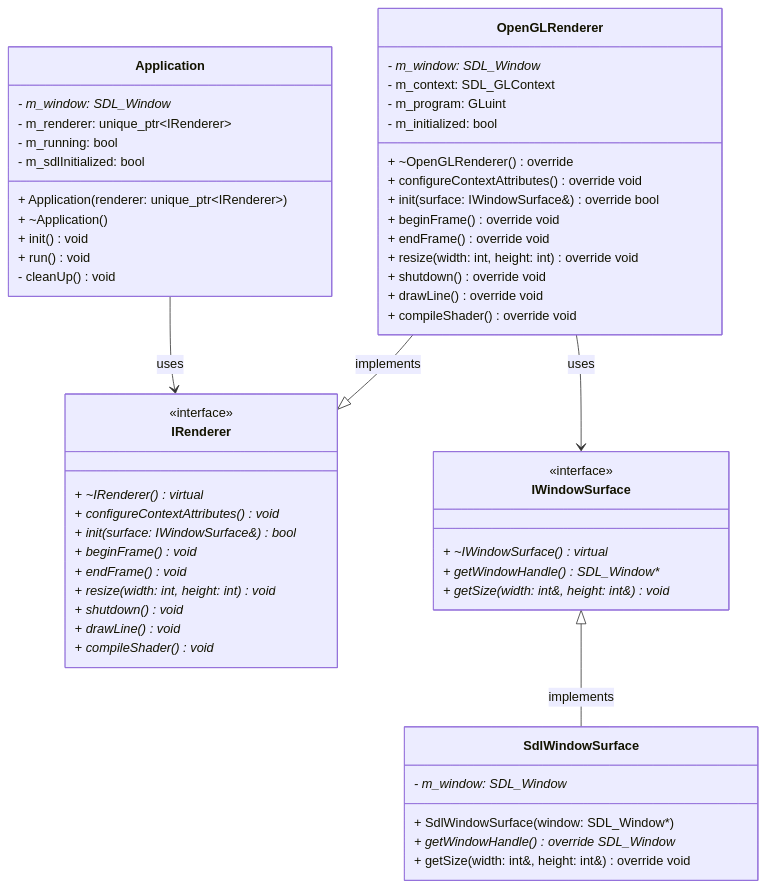
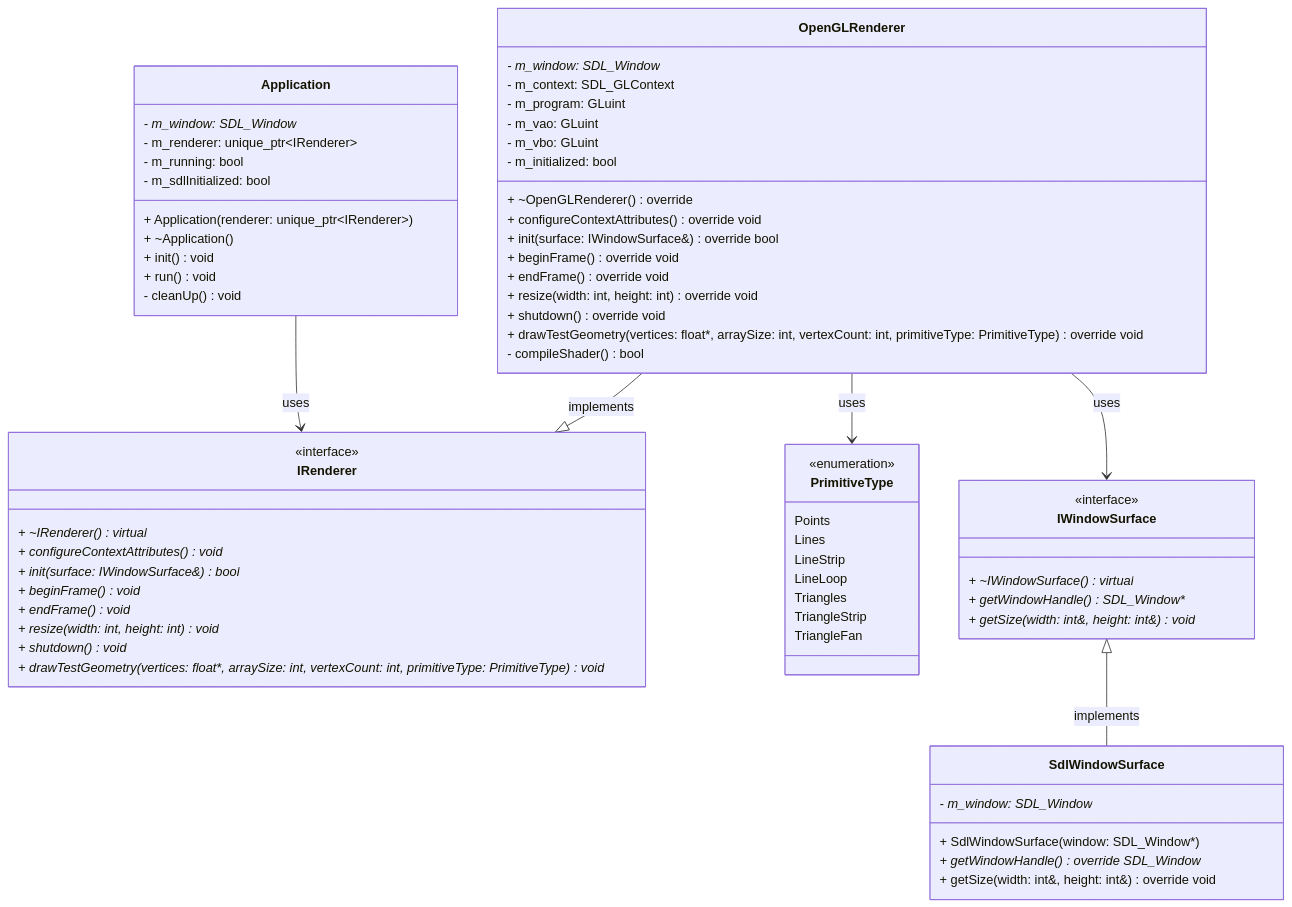
Before and after one commit to Herazael/2D-Engine-Backend: the diagram in README.md, drawn with Mermaid. The commit also changed other lines of this file and 5 other files, not shown here.

````diff
--- a/README.md
+++ b/README.md
@@ -108,62 +111,75 @@
 ```mermaid
 classDiagram
     class Application {
         - m_window: SDL_Window*
         - m_renderer: unique_ptr~IRenderer~
         - m_running: bool
         - m_sdlInitialized: bool
         + Application(renderer: unique_ptr~IRenderer~)
         + ~Application()
         + init() void
         + run() void
         - cleanUp() void
     }
 
     class IRenderer {
         <<interface>>
         + ~IRenderer()* virtual
         + configureContextAttributes()* void
         + init(surface: IWindowSurface&)* bool
         + beginFrame()* void
         + endFrame()* void
         + resize(width: int, height: int)* void
         + shutdown()* void
-        + drawLine()* void
-        + compileShader()* void
+        + drawTestGeometry(vertices: float*, arraySize: int, vertexCount: int, primitiveType: PrimitiveType)* void
     }
 
     class OpenGLRenderer {
         - m_window: SDL_Window*
         - m_context: SDL_GLContext
         - m_program: GLuint
+        - m_vao: GLuint
+        - m_vbo: GLuint
         - m_initialized: bool
         + ~OpenGLRenderer() override
         + configureContextAttributes() override void
         + init(surface: IWindowSurface&) override bool
         + beginFrame() override void
         + endFrame() override void
         + resize(width: int, height: int) override void
         + shutdown() override void
-        + drawLine() override void
-        + compileShader() override void
+        + drawTestGeometry(vertices: float*, arraySize: int, vertexCount: int, primitiveType: PrimitiveType) override void
+        - compileShader() bool
+    }
+
+    class PrimitiveType {
+        <<enumeration>>
+        Points
+        Lines
+        LineStrip
+        LineLoop
+        Triangles
+        TriangleStrip
+        TriangleFan
     }
 
     class IWindowSurface {
         <<interface>>
         + ~IWindowSurface()* virtual
         + getWindowHandle()* SDL_Window*
         + getSize(width: int&, height: int&)* void
     }
 
     class SdlWindowSurface {
         - m_window: SDL_Window*
         + SdlWindowSurface(window: SDL_Window*)
         + getWindowHandle() override SDL_Window*
         + getSize(width: int&, height: int&) override void
     }
 
     Application --> IRenderer : uses
     OpenGLRenderer --|> IRenderer : implements
     IWindowSurface <|-- SdlWindowSurface : implements
     OpenGLRenderer --> IWindowSurface : uses
+    OpenGLRenderer --> PrimitiveType : uses
 ```
````
